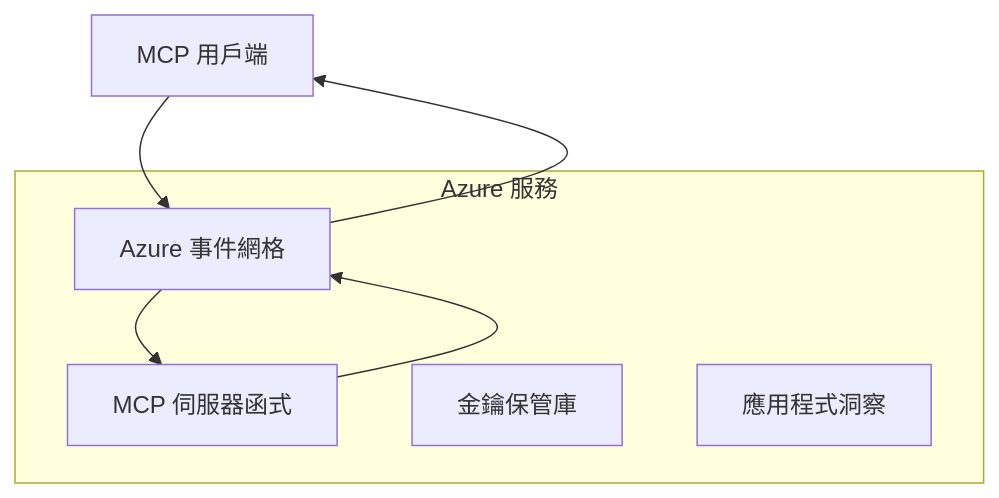
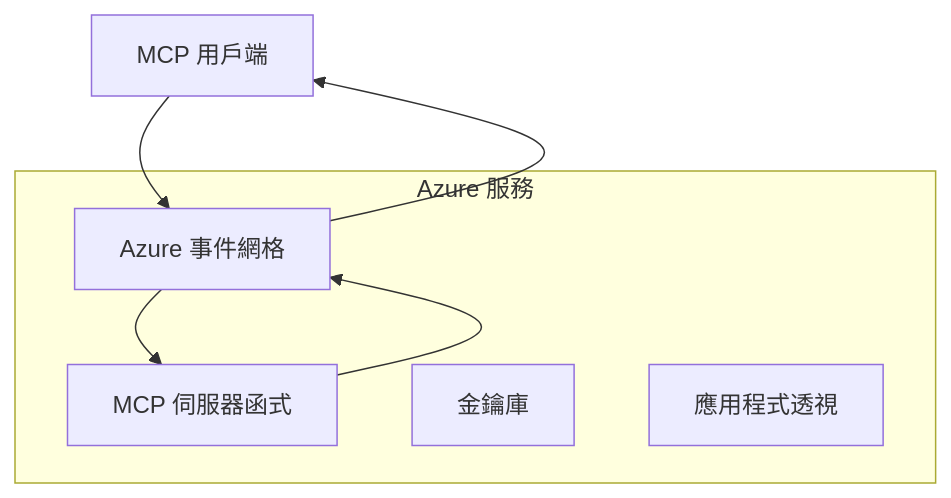
Before and after one commit to HIDORAKAI002/ai-workspace-archive: the first of 2 diagrams in mcp_ecosystem__model_context_protocol/mcp_learning_resources/mcp-for-beginners/translations/zh-TW/05-AdvancedTopics/mcp-transport/README.md, drawn with Mermaid. The commit also changed other lines of this file and 1539 other files, not shown here.

````diff
--- a/mcp_ecosystem__model_context_protocol/mcp_learning_resources/mcp-for-beginners/translations/zh-TW/05-AdvancedTopics/mcp-transport/README.md
+++ b/mcp_ecosystem__model_context_protocol/mcp_learning_resources/mcp-for-beginners/translations/zh-TW/05-AdvancedTopics/mcp-transport/README.md
@@ -58,14 +58,14 @@
 ```mermaid
 graph TB
     Client[MCP 用戶端] --> EG[Azure 事件網格]
     EG --> Server[MCP 伺服器函式]
     Server --> EG
     EG --> Client
     
     subgraph "Azure 服務"
         EG
         Server
-        KV[金鑰保管庫]
-        Monitor[應用程式洞察]
+        KV[金鑰庫]
+        Monitor[應用程式透視]
     end
 ```
````
